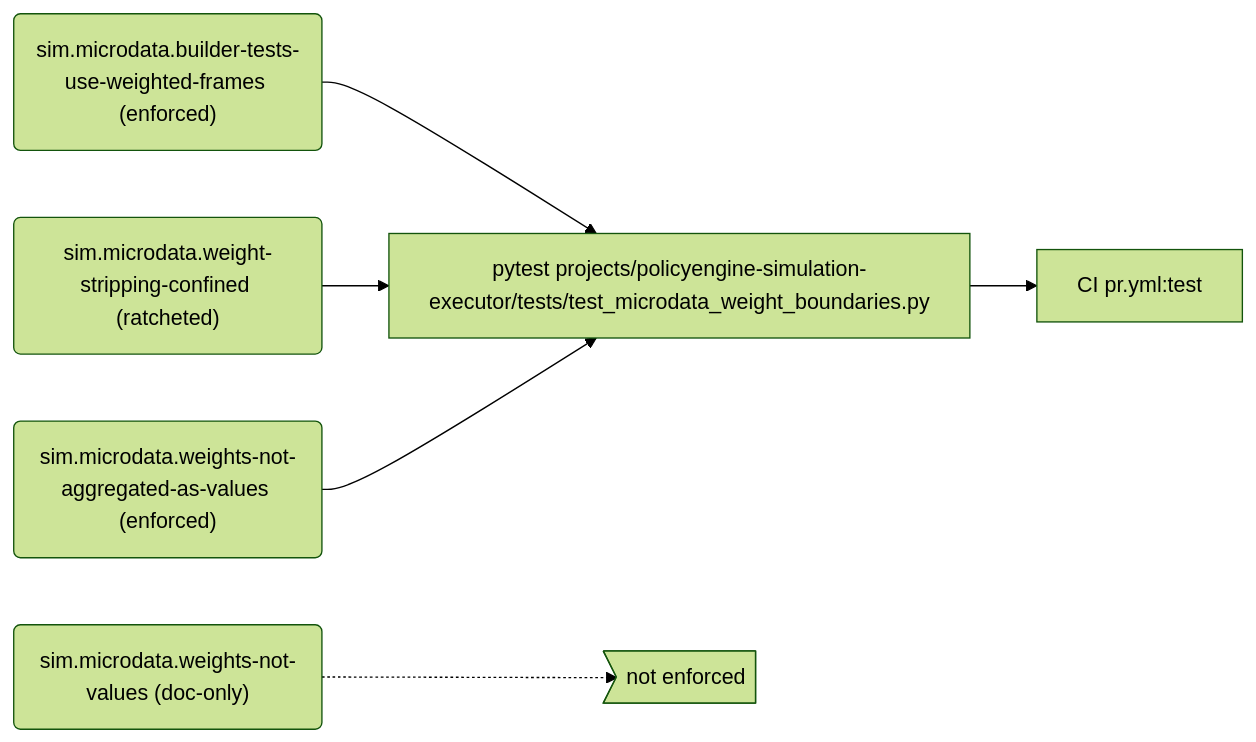
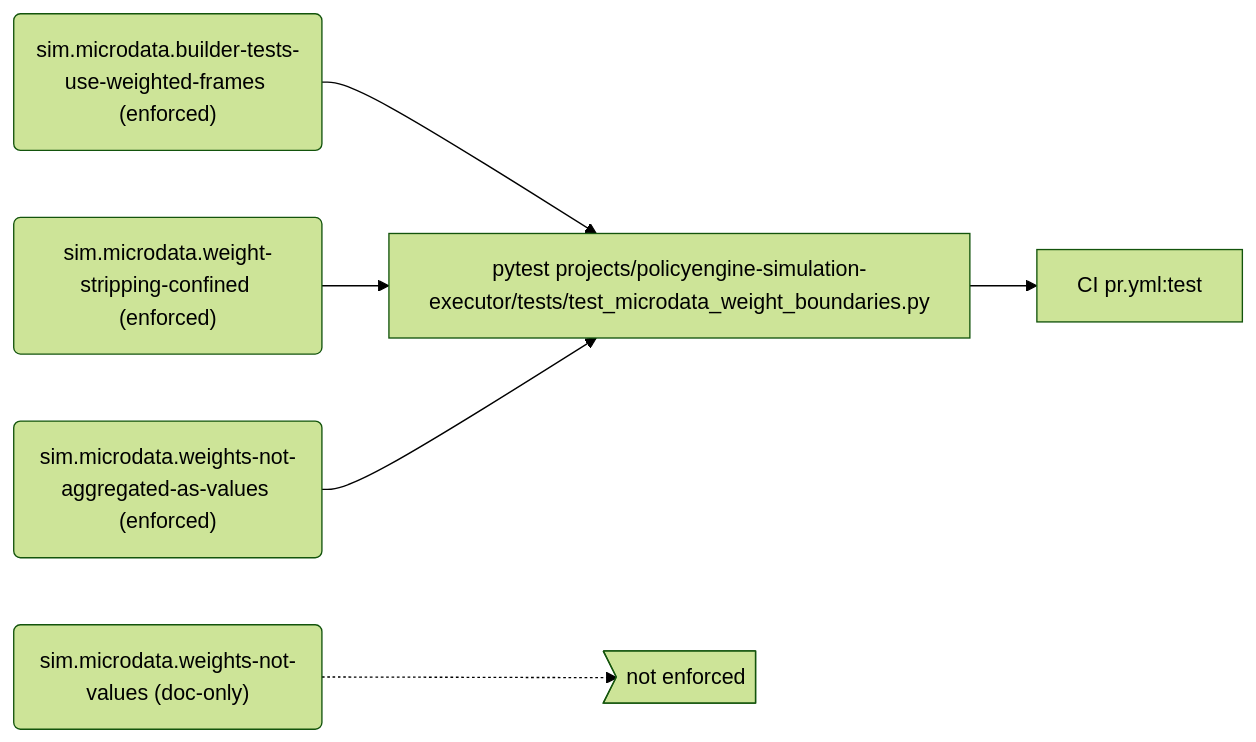
Before and after one commit to PolicyEngine/policyengine-sim-api: the sixth of 10 diagrams in docs/generated/rules.md, drawn with Mermaid (forest theme). The commit also changed other lines of this file and 5 other files, not shown here.

First line of the commit message:
Enforce the weight-stripping rule and delete its empty baseline

````diff
--- a/docs/generated/rules.md
+++ b/docs/generated/rules.md
@@ -293,15 +292,15 @@
 ```mermaid
 flowchart LR
   r_sim_microdata_builder_tests_use_weighted_frames("sim.microdata.builder-tests-use-weighted-frames (enforced)")
   e_pytest_projects_policyengine_simulation_executor_tests_test_microdata_weight_boundaries_py["pytest projects/policyengine-simulation-executor/tests/test_microdata_weight_boundaries.py"]
   j_CI_pr_yml_test["CI pr.yml:test"]
-  r_sim_microdata_weight_stripping_confined("sim.microdata.weight-stripping-confined (ratcheted)")
+  r_sim_microdata_weight_stripping_confined("sim.microdata.weight-stripping-confined (enforced)")
   r_sim_microdata_weights_not_aggregated_as_values("sim.microdata.weights-not-aggregated-as-values (enforced)")
   r_sim_microdata_weights_not_values("sim.microdata.weights-not-values (doc-only)")
   gap_unenforced>"not enforced"]
   r_sim_microdata_builder_tests_use_weighted_frames --> e_pytest_projects_policyengine_simulation_executor_tests_test_microdata_weight_boundaries_py
   e_pytest_projects_policyengine_simulation_executor_tests_test_microdata_weight_boundaries_py --> j_CI_pr_yml_test
   r_sim_microdata_weight_stripping_confined --> e_pytest_projects_policyengine_simulation_executor_tests_test_microdata_weight_boundaries_py
   r_sim_microdata_weights_not_aggregated_as_values --> e_pytest_projects_policyengine_simulation_executor_tests_test_microdata_weight_boundaries_py
   r_sim_microdata_weights_not_values -.-> gap_unenforced
 ```
````
